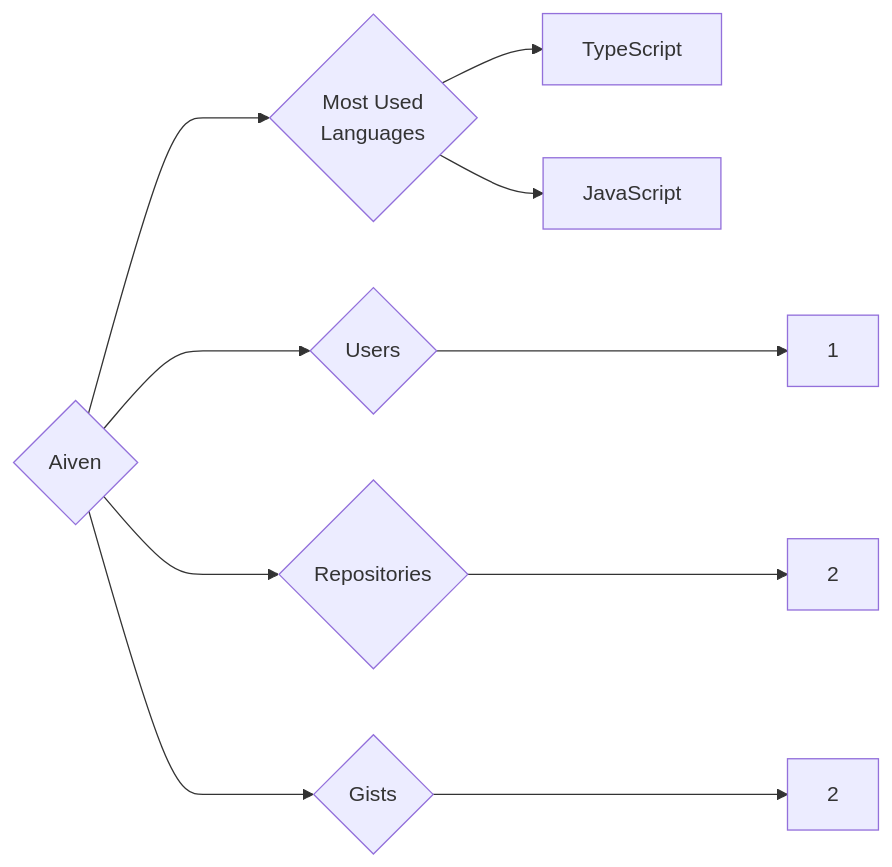
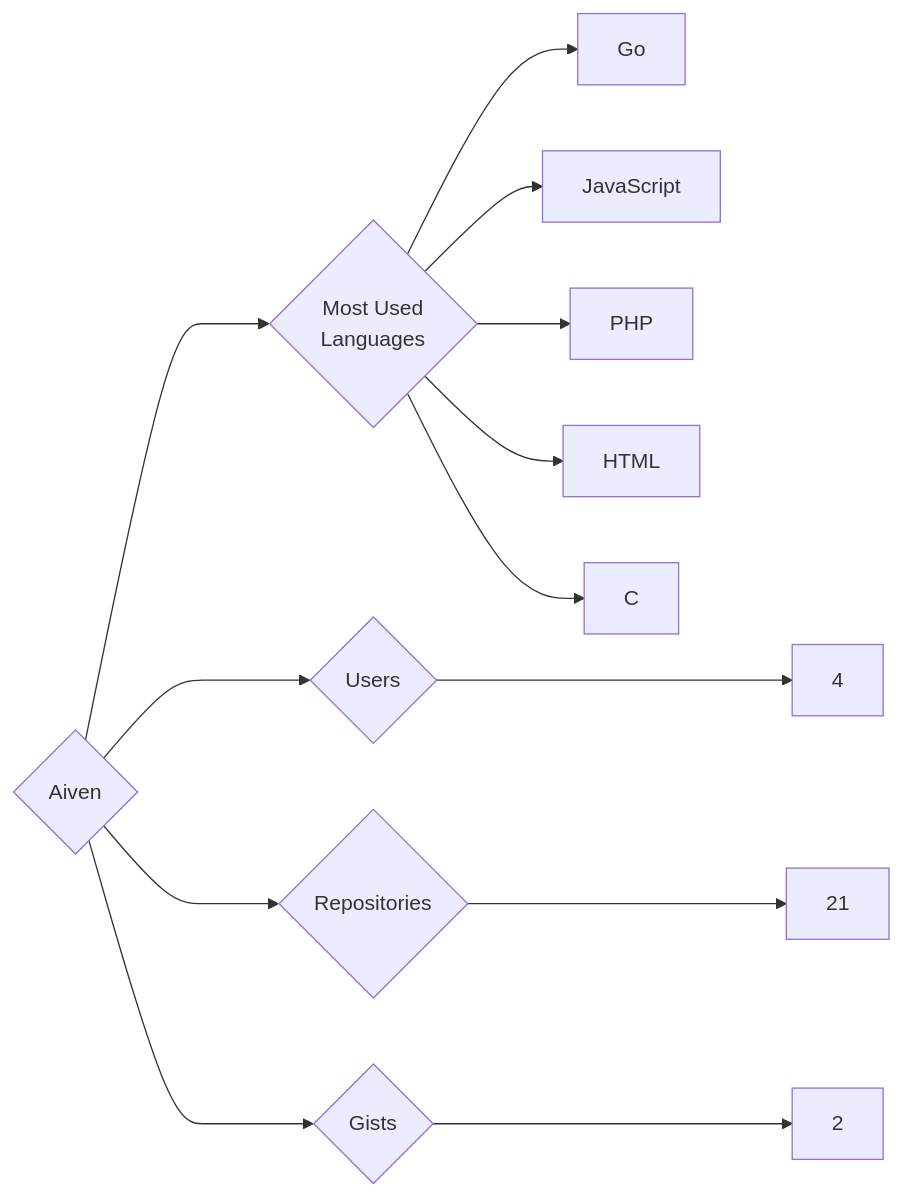
One commit to trickest/insiders changed the diagram in targets/Aiven/README.md. Above: the diagram before and after it, drawn with Mermaid. The commit also changed 1175 other files, not shown here.

````diff
--- a/targets/Aiven/README.md
+++ b/targets/Aiven/README.md
@@ -3,10 +3,13 @@
 ```mermaid
 graph LR
 COMPANY_NAME{Aiven}
-COMPANY_NAME ---> U{Users} ---> UN[1]
-COMPANY_NAME ---> R{Repositories} ---> RN[2]
+COMPANY_NAME ---> U{Users} ---> UN[4]
+COMPANY_NAME ---> R{Repositories} ---> RN[21]
 COMPANY_NAME ---> G{Gists} ---> GN[2]
 COMPANY_NAME ---> ML{Most Used<br>Languages}
-ML --> TypeScript[TypeScript]
+ML --> Go[Go]
 ML --> JavaScript[JavaScript]
+ML --> PHP[PHP]
+ML --> HTML[HTML]
+ML --> C[C]
 ```
````
